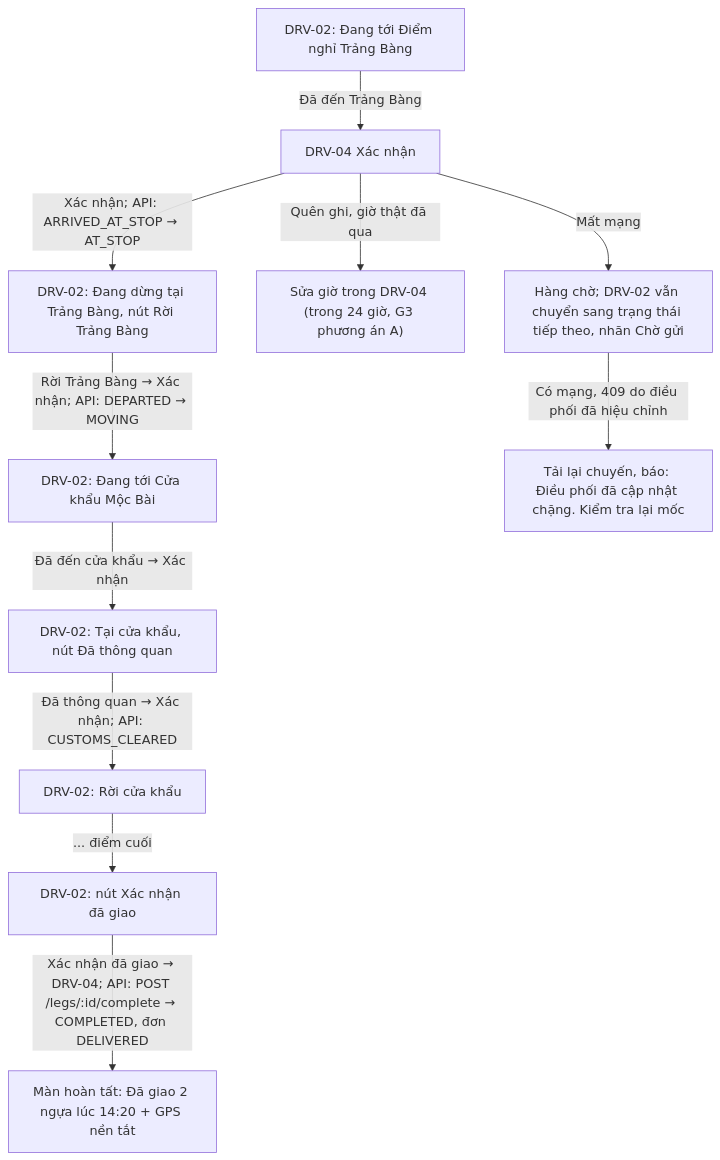
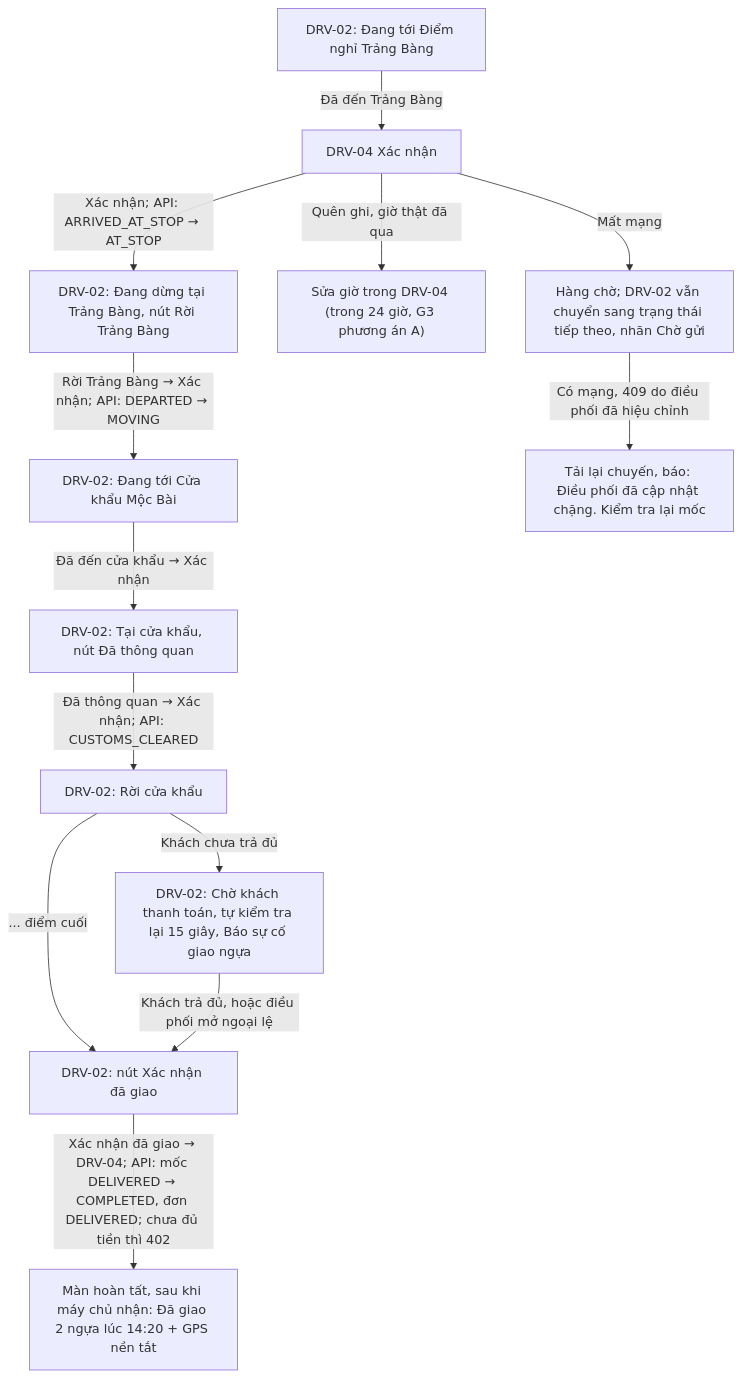
Before and after one commit to ninhquocbao123/HorseRoute: the ninth of 13 diagrams in docs/mobile-design/03-user-flows.md, drawn with Mermaid. The commit also changed other lines of this file and 45 other files, not shown here.

Commit message:
[06.11.2026][Long - Thanh toán mô phỏng trên mobile; chưa trả đủ thì tài xế chưa giao được; thêm sự cố giao ngựa, ngoại lệ giao khi còn nợ, người nhận thực tế; migration DeliveryExceptions]

````diff
--- a/docs/mobile-design/03-user-flows.md
+++ b/docs/mobile-design/03-user-flows.md
@@ -172,13 +172,15 @@
 ```mermaid
 flowchart TD
   A["DRV-02: Đang tới Điểm nghỉ Trảng Bàng"] -->|"Đã đến Trảng Bàng"| B["DRV-04 Xác nhận"]
   B -->|"Xác nhận; API: ARRIVED_AT_STOP → AT_STOP"| C["DRV-02: Đang dừng tại Trảng Bàng, nút Rời Trảng Bàng"]
   C -->|"Rời Trảng Bàng → Xác nhận; API: DEPARTED → MOVING"| D["DRV-02: Đang tới Cửa khẩu Mộc Bài"]
   D -->|"Đã đến cửa khẩu → Xác nhận"| E["DRV-02: Tại cửa khẩu, nút Đã thông quan"]
   E -->|"Đã thông quan → Xác nhận; API: CUSTOMS_CLEARED"| F["DRV-02: Rời cửa khẩu"]
   F -->|"... điểm cuối"| G["DRV-02: nút Xác nhận đã giao"]
-  G -->|"Xác nhận đã giao → DRV-04; API: POST /legs/:id/complete → COMPLETED, đơn DELIVERED"| H["Màn hoàn tất: Đã giao 2 ngựa lúc 14:20 + GPS nền tắt"]
+  F -->|"Khách chưa trả đủ"| PW["DRV-02: Chờ khách thanh toán, tự kiểm tra lại 15 giây, Báo sự cố giao ngựa"]
+  PW -->|"Khách trả đủ, hoặc điều phối mở ngoại lệ"| G
+  G -->|"Xác nhận đã giao → DRV-04; API: mốc DELIVERED → COMPLETED, đơn DELIVERED; chưa đủ tiền thì 402"| H["Màn hoàn tất, sau khi máy chủ nhận: Đã giao 2 ngựa lúc 14:20 + GPS nền tắt"]
   B -->|"Quên ghi, giờ thật đã qua"| B2["Sửa giờ trong DRV-04 (trong 24 giờ, G3 phương án A)"]
   B -->|"Mất mạng"| Q["Hàng chờ; DRV-02 vẫn chuyển sang trạng thái tiếp theo, nhãn Chờ gửi"]
   Q -->|"Có mạng, 409 do điều phối đã hiệu chỉnh"| Q2["Tải lại chuyến, báo: Điều phối đã cập nhật chặng. Kiểm tra lại mốc"]
 ```
````
